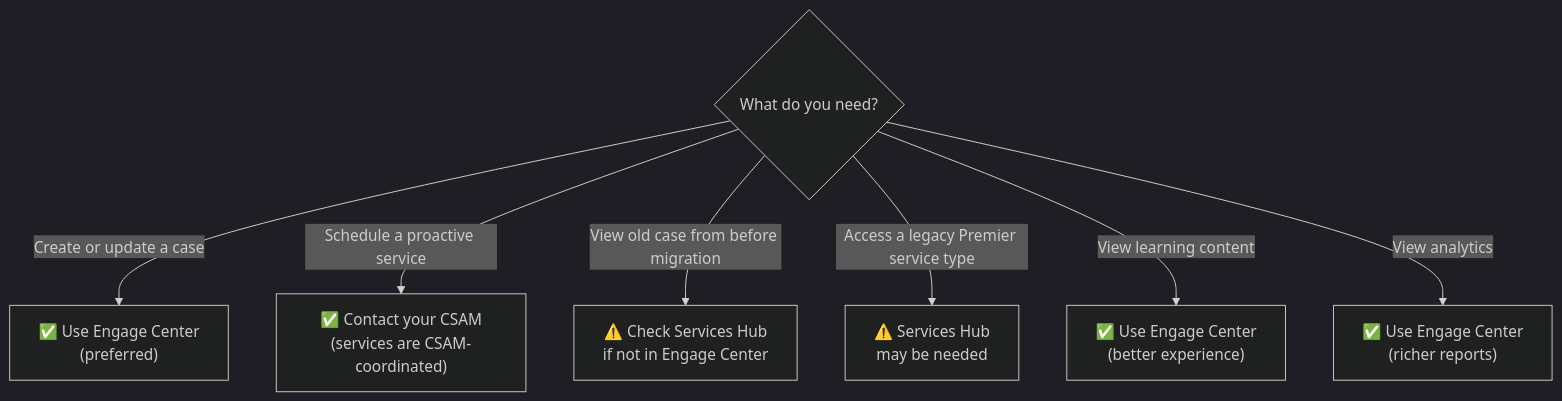
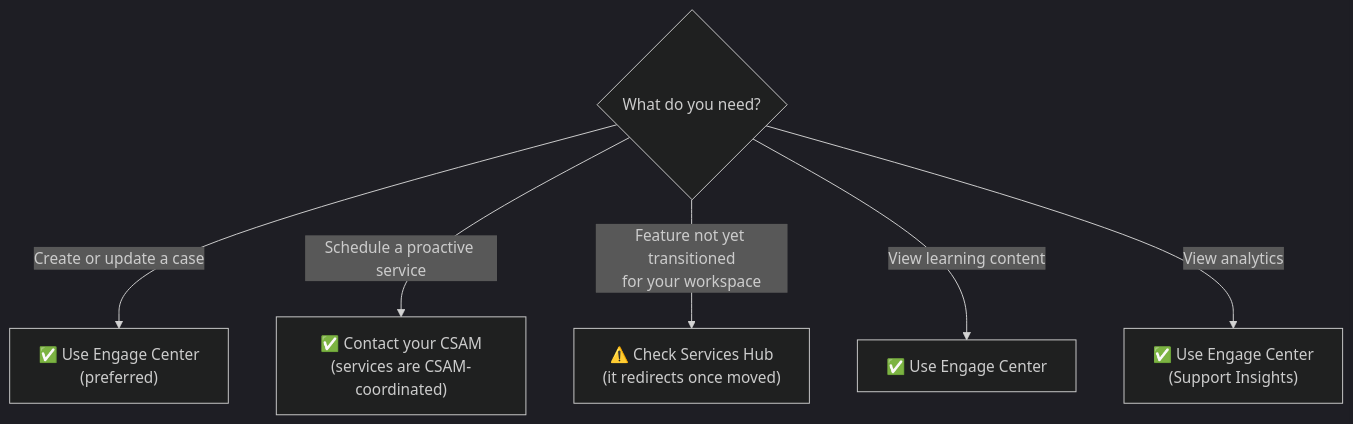
Before and after one commit to marcogrimaldi29/engage-center-notes: the second of 2 diagrams in 05-services-hub-comparison.md, drawn with Mermaid. The commit also changed other lines of this file and 5 other files, not shown here.

````diff
--- a/05-services-hub-comparison.md
+++ b/05-services-hub-comparison.md
@@ -176,11 +167,10 @@
 ```mermaid
 %%{init: {"theme":"dark"}}%%
 flowchart TD
     START{"What do you need?"}
     START -->|"Create or update a case"| EC1["✅ Use Engage Center\n(preferred)"]
     START -->|"Schedule a proactive service"| EC2["✅ Contact your CSAM\n(services are CSAM-coordinated)"]
-    START -->|"View old case from before migration"| SH1["⚠️ Check Services Hub\nif not in Engage Center"]
-    START -->|"Access a legacy Premier service type"| SH2["⚠️ Services Hub\nmay be needed"]
-    START -->|"View learning content"| EC3["✅ Use Engage Center\n(better experience)"]
-    START -->|"View analytics"| EC4["✅ Use Engage Center\n(richer reports)"]
+    START -->|"Feature not yet transitioned\nfor your workspace"| SH1["⚠️ Check Services Hub\n(it redirects once moved)"]
+    START -->|"View learning content"| EC3["✅ Use Engage Center"]
+    START -->|"View analytics"| EC4["✅ Use Engage Center\n(Support Insights)"]
 ```
````
